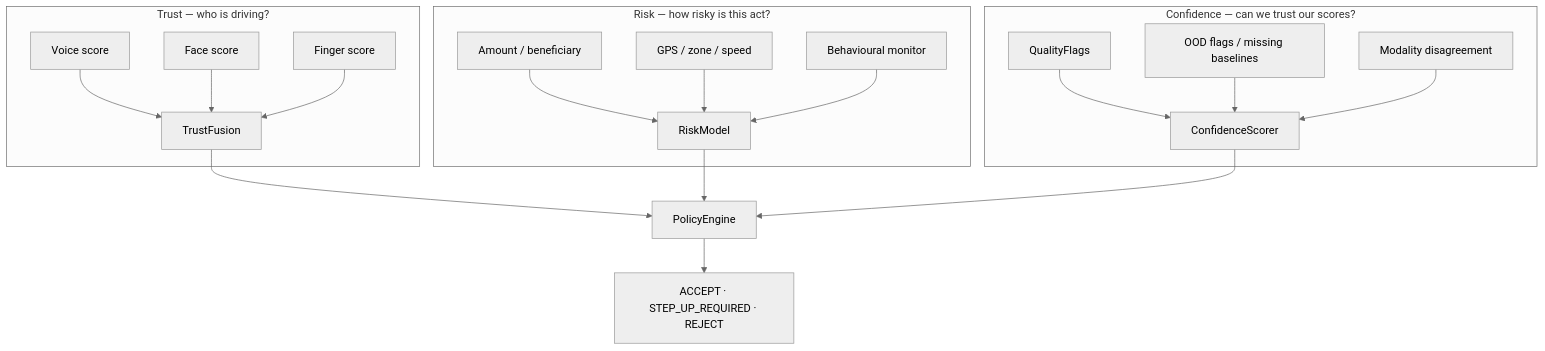
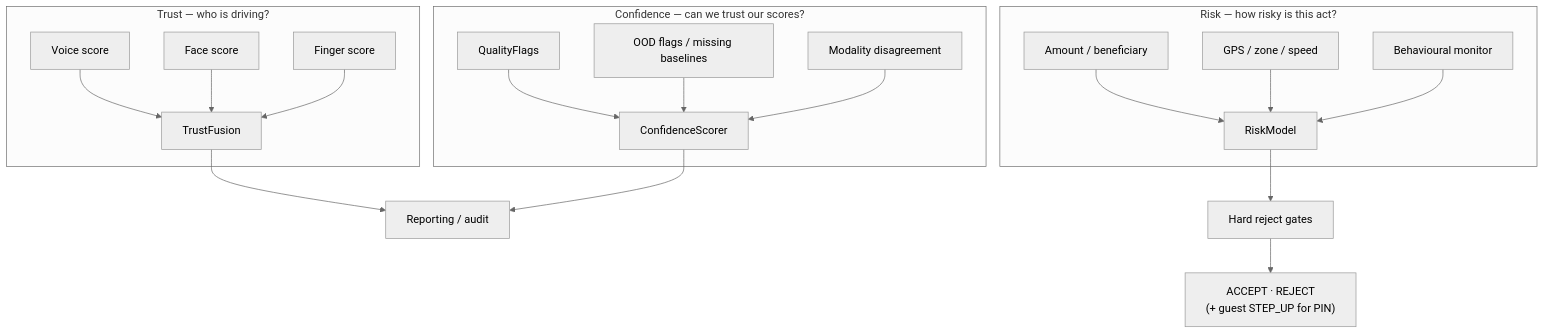
Before and after one commit to couder-04/Drive_auth_edge: the fourth of 8 diagrams in README.md, drawn with Mermaid (neutral theme). The commit also changed other lines of this file and 269 other files, not shown here.

````diff
--- a/README.md
+++ b/README.md
@@ -177,34 +153,34 @@
 ```mermaid
 flowchart TB
   subgraph Trust["Trust — who is driving?"]
     V[Voice score]
     F[Face score]
     P[Finger score]
     V --> TF[TrustFusion]
     F --> TF
     P --> TF
   end
 
   subgraph Risk["Risk — how risky is this act?"]
     A[Amount / beneficiary]
     G[GPS / zone / speed]
     B[Behavioural monitor]
     A --> RM[RiskModel]
     G --> RM
     B --> RM
   end
 
   subgraph Confidence["Confidence — can we trust our scores?"]
     Q[QualityFlags]
     O[OOD flags / missing baselines]
     D[Modality disagreement]
     Q --> CS[ConfidenceScorer]
     O --> CS
     D --> CS
   end
 
-  TF --> PE[PolicyEngine]
-  RM --> PE
-  CS --> PE
-  PE --> OUT["ACCEPT · STEP_UP_REQUIRED · REJECT"]
+  TF --> RPT[Reporting / audit]
+  RM --> HARD[Hard reject gates]
+  CS --> RPT
+  HARD --> OUT["ACCEPT · REJECT\n(+ guest STEP_UP for PIN)"]
 ```
````
